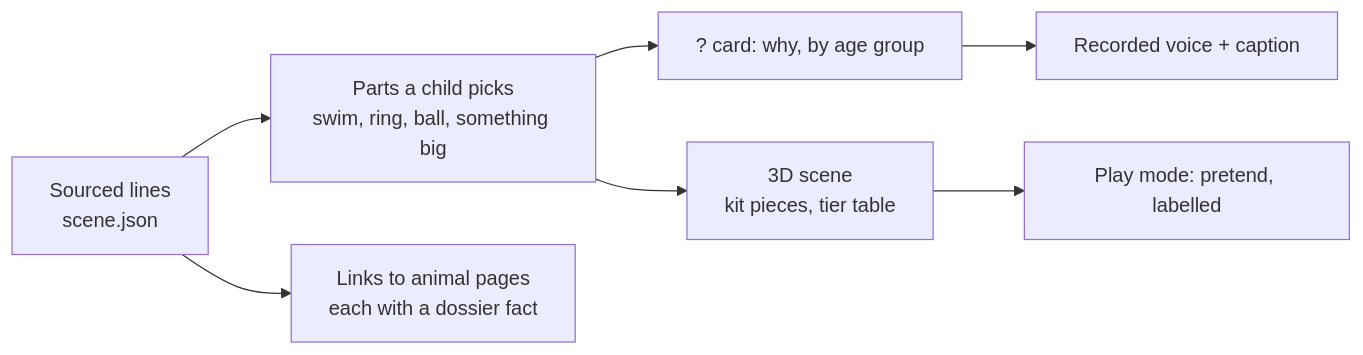
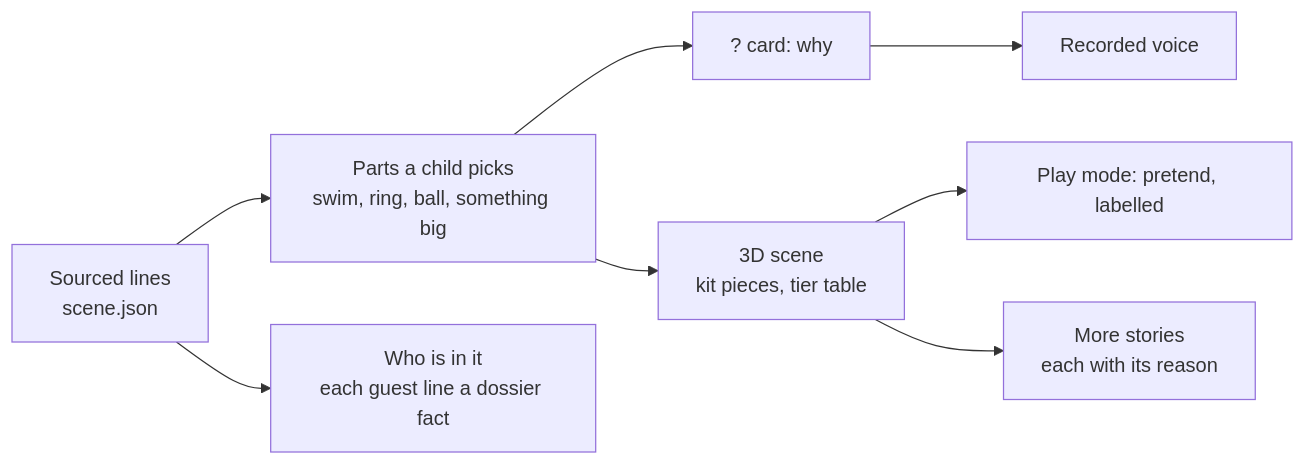
The diagram in docs/knowledge/stories-next.md (KeithMoc/big-blue-tales), drawn with Mermaid before and after one commit. The commit also changed other lines of this file and 54 other files, not shown here.

````diff
--- a/docs/knowledge/stories-next.md
+++ b/docs/knowledge/stories-next.md
@@ -10,9 +9,10 @@
 ```mermaid
 flowchart LR
   facts[Sourced lines<br/>scene.json] --> parts[Parts a child picks<br/>swim, ring, ball, something big]
-  parts --> why[? card: why, by age group]
-  why --> voice[Recorded voice + caption]
+  parts --> why[? card: why]
+  why --> voice[Recorded voice]
   parts --> scene[3D scene<br/>kit pieces, tier table]
   scene --> play[Play mode: pretend, labelled]
-  facts --> links[Links to animal pages<br/>each with a dossier fact]
+  facts --> links[Who is in it<br/>each guest line a dossier fact]
+  scene --> more[More stories<br/>each with its reason]
 ```
````
